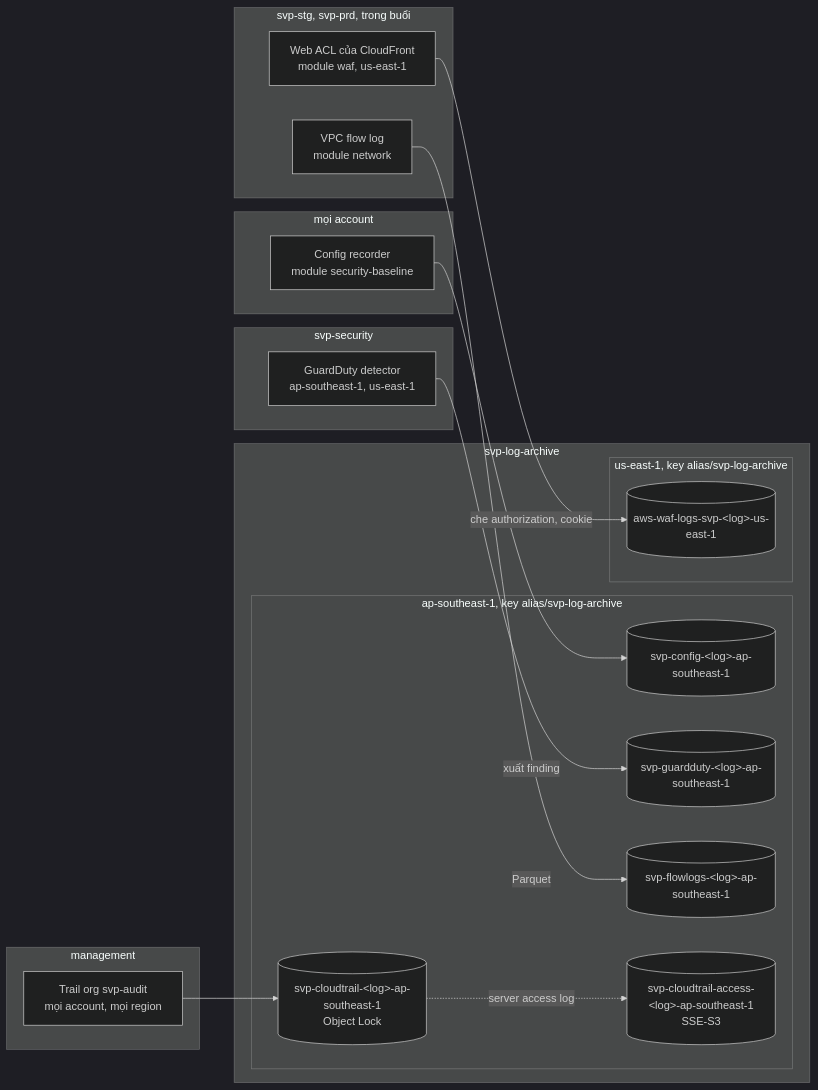
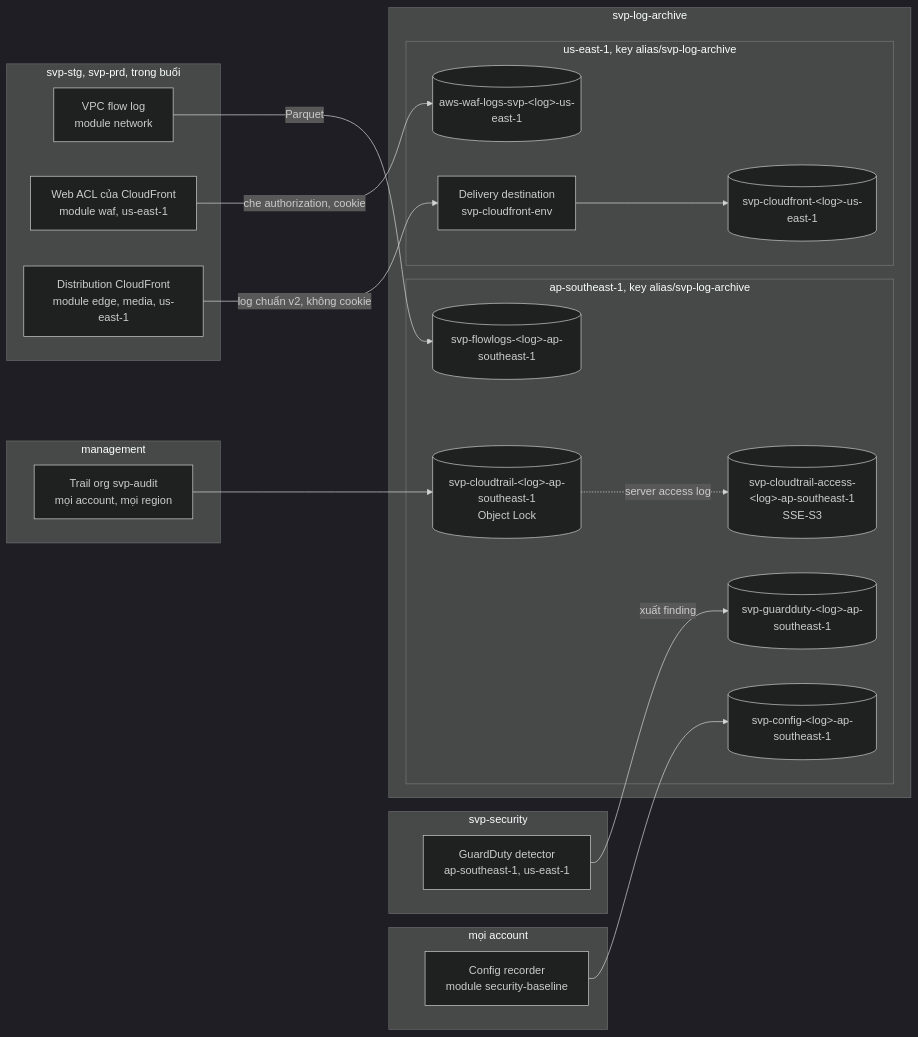
Before and after one commit to anhnvcoder/svp-backend: the first of 3 diagrams in docs/explanation/aws-security.md, drawn with Mermaid (dark theme). The commit also changed other lines of this file and 23 other files, not shown here.

First line of the commit message:
refactor(chart): drop the ACME path; k6 cloud and docs for the CloudFront edge (#129)

````diff
--- a/docs/explanation/aws-security.md
+++ b/docs/explanation/aws-security.md
@@ -126,34 +145,38 @@
 ```mermaid
 flowchart LR
     subgraph mgmt["management"]
         trail["Trail org svp-audit<br/>mọi account, mọi region"]
     end
     subgraph every["mọi account"]
         config["Config recorder<br/>module security-baseline"]
     end
     subgraph sec["svp-security"]
         gd["GuardDuty detector<br/>ap-southeast-1, us-east-1"]
     end
     subgraph env["svp-stg, svp-prd, trong buổi"]
         vpc["VPC flow log<br/>module network"]
         waf["Web ACL của CloudFront<br/>module waf, us-east-1"]
+        cfd["Distribution CloudFront<br/>module edge, media, us-east-1"]
     end
     subgraph log["svp-log-archive"]
         subgraph home["ap-southeast-1, key alias/svp-log-archive"]
             bct[("svp-cloudtrail-#lt;log#gt;-ap-southeast-1<br/>Object Lock")]
             bcfg[("svp-config-#lt;log#gt;-ap-southeast-1")]
             bgd[("svp-guardduty-#lt;log#gt;-ap-southeast-1")]
             bfl[("svp-flowlogs-#lt;log#gt;-ap-southeast-1")]
             bacc[("svp-cloudtrail-access-#lt;log#gt;-ap-southeast-1<br/>SSE-S3")]
         end
         subgraph use1["us-east-1, key alias/svp-log-archive"]
             bwaf[("aws-waf-logs-svp-#lt;log#gt;-us-east-1")]
+            dest["Delivery destination<br/>svp-cloudfront-env"]
+            bcf[("svp-cloudfront-#lt;log#gt;-us-east-1")]
         end
     end
     trail --> bct
     bct -.->|"server access log"| bacc
     config --> bcfg
     gd -->|"xuất finding"| bgd
     vpc -->|"Parquet"| bfl
     waf -->|"che authorization, cookie"| bwaf
+    cfd -->|"log chuẩn v2, không cookie"| dest --> bcf
 ```
````
